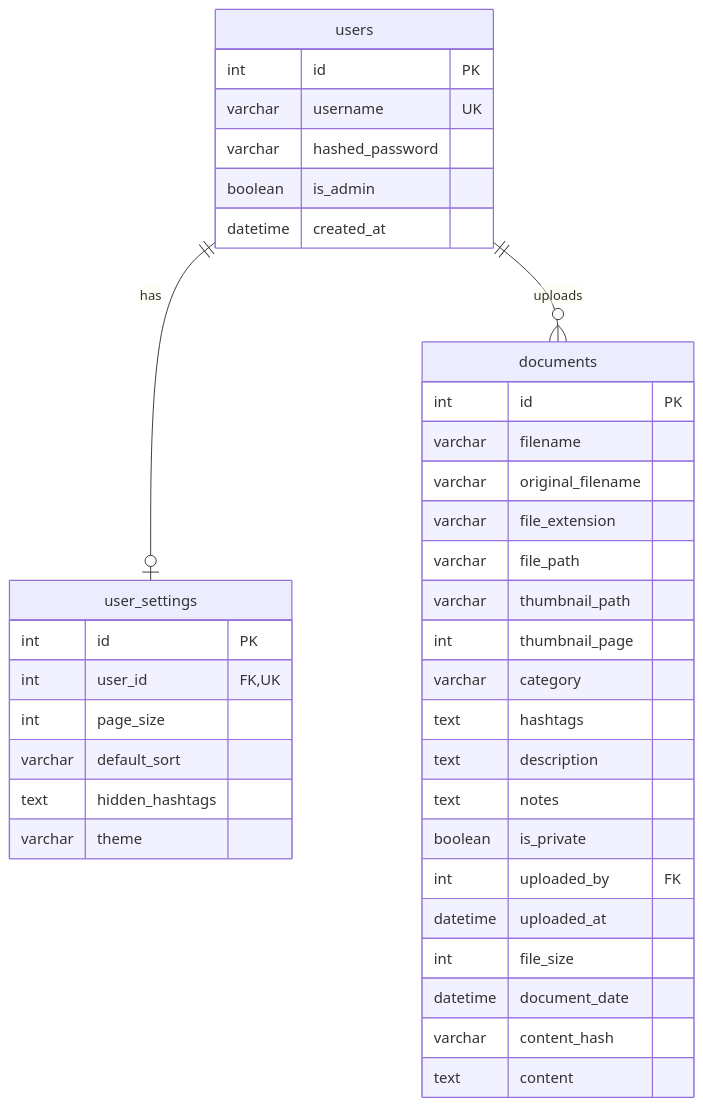
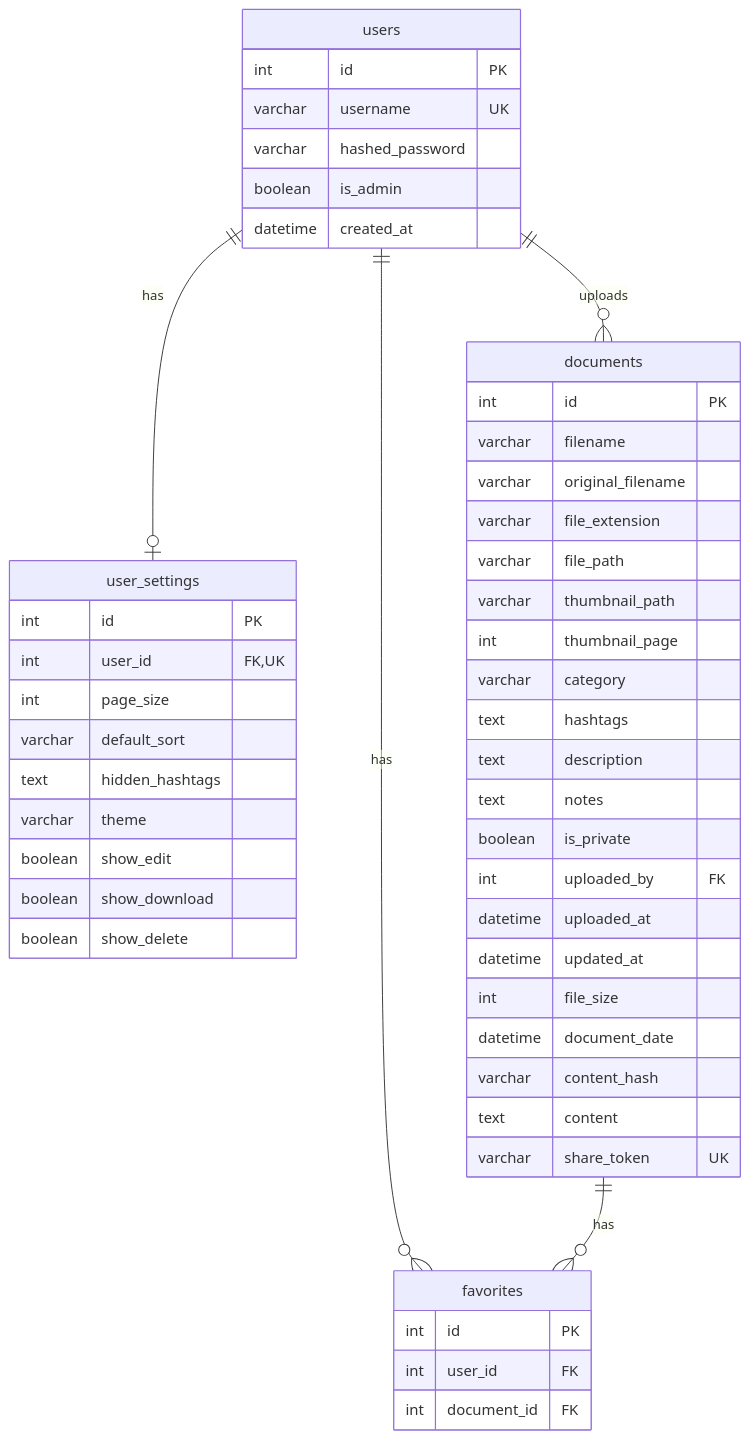
One commit to dkrse/docs-manager changed the second of 7 diagrams in docs/diagrams.md. Above: the diagram before and after it, drawn with Mermaid. The commit also changed other lines of this file and 18 other files, not shown here.

````diff
--- a/docs/diagrams.md
+++ b/docs/diagrams.md
@@ -32,43 +32,56 @@
 ```mermaid
 erDiagram
     users {
         int id PK
         varchar username UK
         varchar hashed_password
         boolean is_admin
         datetime created_at
     }
 
     user_settings {
         int id PK
         int user_id FK,UK
         int page_size
         varchar default_sort
         text hidden_hashtags
         varchar theme
+        boolean show_edit
+        boolean show_download
+        boolean show_delete
     }
 
     documents {
         int id PK
         varchar filename
         varchar original_filename
         varchar file_extension
         varchar file_path
         varchar thumbnail_path
         int thumbnail_page
         varchar category
         text hashtags
         text description
         text notes
         boolean is_private
         int uploaded_by FK
         datetime uploaded_at
+        datetime updated_at
         int file_size
         datetime document_date
         varchar content_hash
         text content
+        varchar share_token UK
+    }
+
+    favorites {
+        int id PK
+        int user_id FK
+        int document_id FK
     }
 
     users ||--o| user_settings : "has"
     users ||--o{ documents : "uploads"
+    users ||--o{ favorites : "has"
+    documents ||--o{ favorites : "has"
 ```
````
